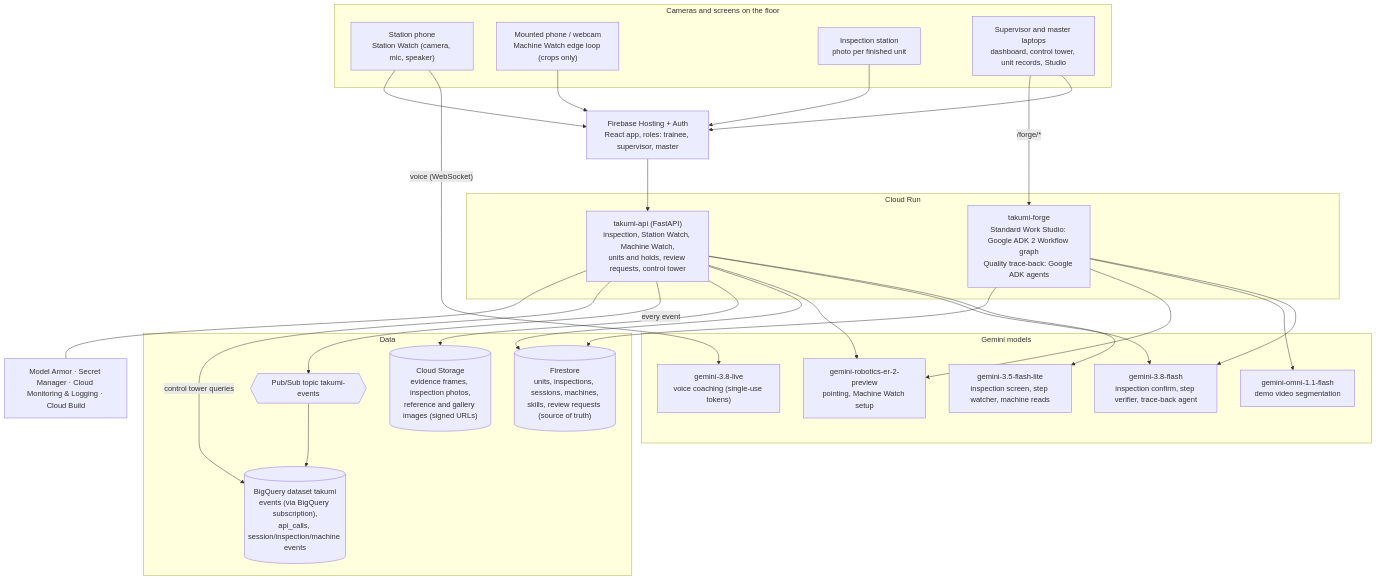
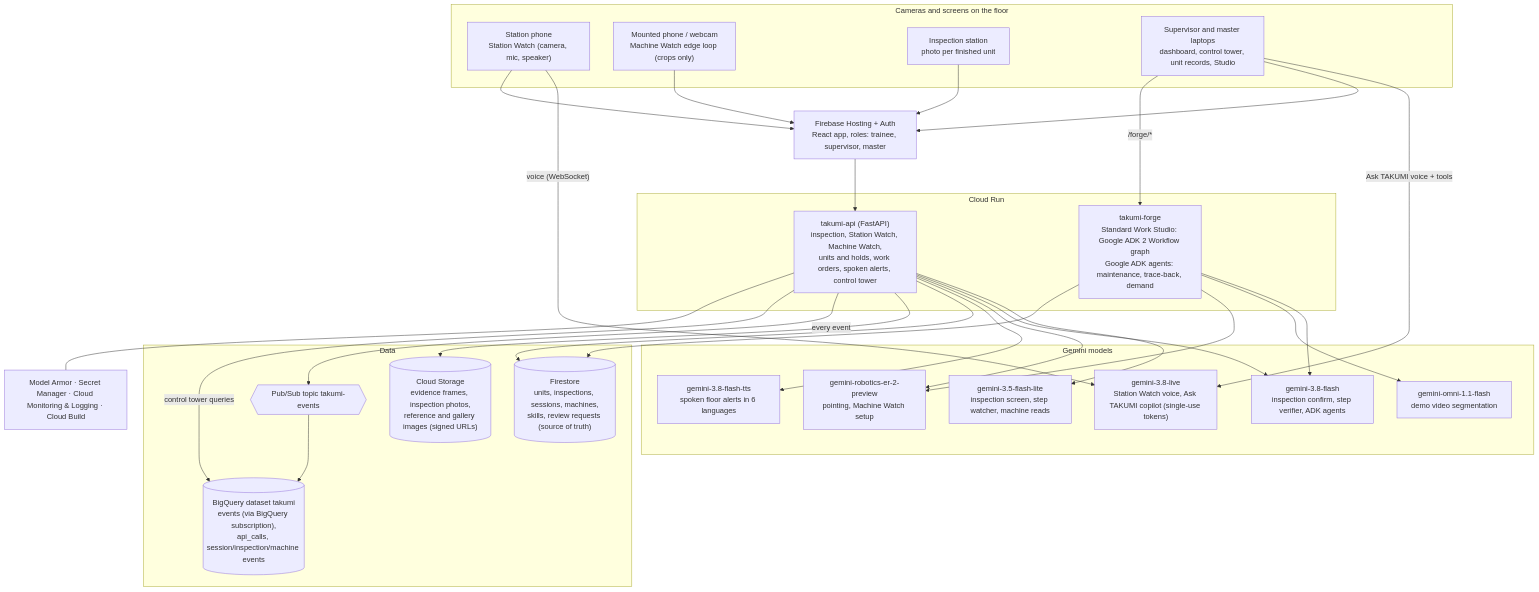
Before and after one commit to DivineTechie/takumi: the diagram in docs/architecture.md, drawn with Mermaid. The commit also changed other lines of this file and 9 other files, not shown here.

First line of the commit message:
fix(web): lesson list header fits phones, alert language follows the app, Station Watch naming

````diff
--- a/docs/architecture.md
+++ b/docs/architecture.md
@@ -7,44 +7,46 @@
 ```mermaid
 flowchart TD
   subgraph Edge["Cameras and screens on the floor"]
     Station["Station phone<br/>Station Watch (camera, mic, speaker)"]
     MachineCam["Mounted phone / webcam<br/>Machine Watch edge loop (crops only)"]
     Inspect["Inspection station<br/>photo per finished unit"]
     Office["Supervisor and master laptops<br/>dashboard, control tower, unit records, Studio"]
   end
 
   Hosting["Firebase Hosting + Auth<br/>React app, roles: trainee, supervisor, master"]
 
   subgraph Run["Cloud Run"]
-    API["takumi-api (FastAPI)<br/>inspection, Station Watch, Machine Watch,<br/>units and holds, review requests, control tower"]
-    Forge["takumi-forge<br/>Standard Work Studio: Google ADK 2 Workflow graph<br/>Quality trace-back: Google ADK agents"]
+    API["takumi-api (FastAPI)<br/>inspection, Station Watch, Machine Watch,<br/>units and holds, work orders, spoken alerts, control tower"]
+    Forge["takumi-forge<br/>Standard Work Studio: Google ADK 2 Workflow graph<br/>Google ADK agents: maintenance, trace-back, demand"]
   end
 
   subgraph AI["Gemini models"]
-    Live["gemini-3.8-live<br/>voice coaching (single-use tokens)"]
+    Live["gemini-3.8-live<br/>Station Watch voice, Ask TAKUMI copilot (single-use tokens)"]
+    TTS["gemini-3.8-flash-tts<br/>spoken floor alerts in 6 languages"]
     Lite["gemini-3.5-flash-lite<br/>inspection screen, step watcher, machine reads"]
-    Flash["gemini-3.8-flash<br/>inspection confirm, step verifier, trace-back agent"]
+    Flash["gemini-3.8-flash<br/>inspection confirm, step verifier, ADK agents"]
     ER["gemini-robotics-er-2-preview<br/>pointing, Machine Watch setup"]
     Omni["gemini-omni-1.1-flash<br/>demo video segmentation"]
   end
 
   subgraph Data["Data"]
     FS[("Firestore<br/>units, inspections, sessions, machines,<br/>skills, review requests (source of truth)")]
     GCS[("Cloud Storage<br/>evidence frames, inspection photos,<br/>reference and gallery images (signed URLs)")]
     PS{{"Pub/Sub topic takumi-events"}}
     BQ[("BigQuery dataset takumi<br/>events (via BigQuery subscription),<br/>api_calls, session/inspection/machine events")]
   end
 
   Guard["Model Armor · Secret Manager · Cloud Monitoring & Logging · Cloud Build"]
 
   Station -- "voice (WebSocket)" --> Live
+  Office -- "Ask TAKUMI voice + tools" --> Live
   Station & MachineCam & Inspect & Office --> Hosting --> API
   Office -- "/forge/*" --> Forge
-  API --> Lite & Flash & ER
+  API --> Lite & Flash & ER & TTS
   Forge --> Flash & Omni & ER
   API --> FS & GCS
   Forge --> FS
   API -- "every event" --> PS --> BQ
   API -- "control tower queries" --> BQ
   API --- Guard
 ```
````
